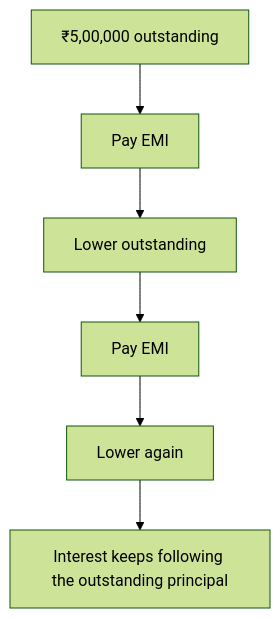
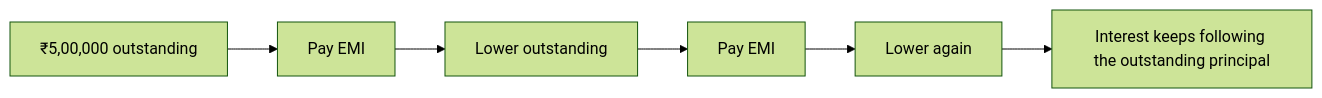
The third of 11 diagrams in src/content/blog/complete-loan-guide.md (actionanand/arblogz), drawn with Mermaid (forest theme) before and after one commit. The commit also changed other lines of this file, not shown here.

Commit message:
emi loan calc fix

````diff
--- a/src/content/blog/complete-loan-guide.md
+++ b/src/content/blog/complete-loan-guide.md
@@ -314,8 +316,8 @@
 ```mermaid
-flowchart TB
+flowchart LR
     A[₹5,00,000 outstanding] --> B[Pay EMI]
     B --> C[Lower outstanding]
     C --> D[Pay EMI]
     D --> E[Lower again]
     E --> F[Interest keeps following the outstanding principal]
 ```
````
